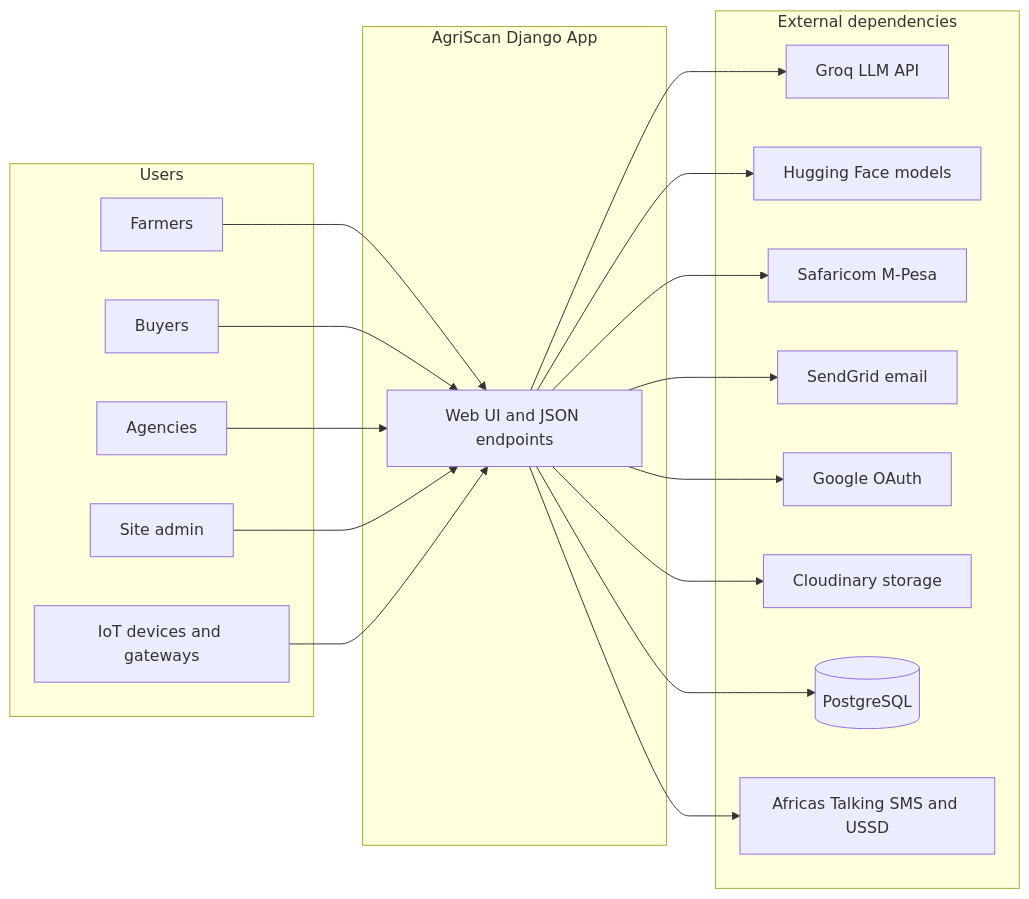
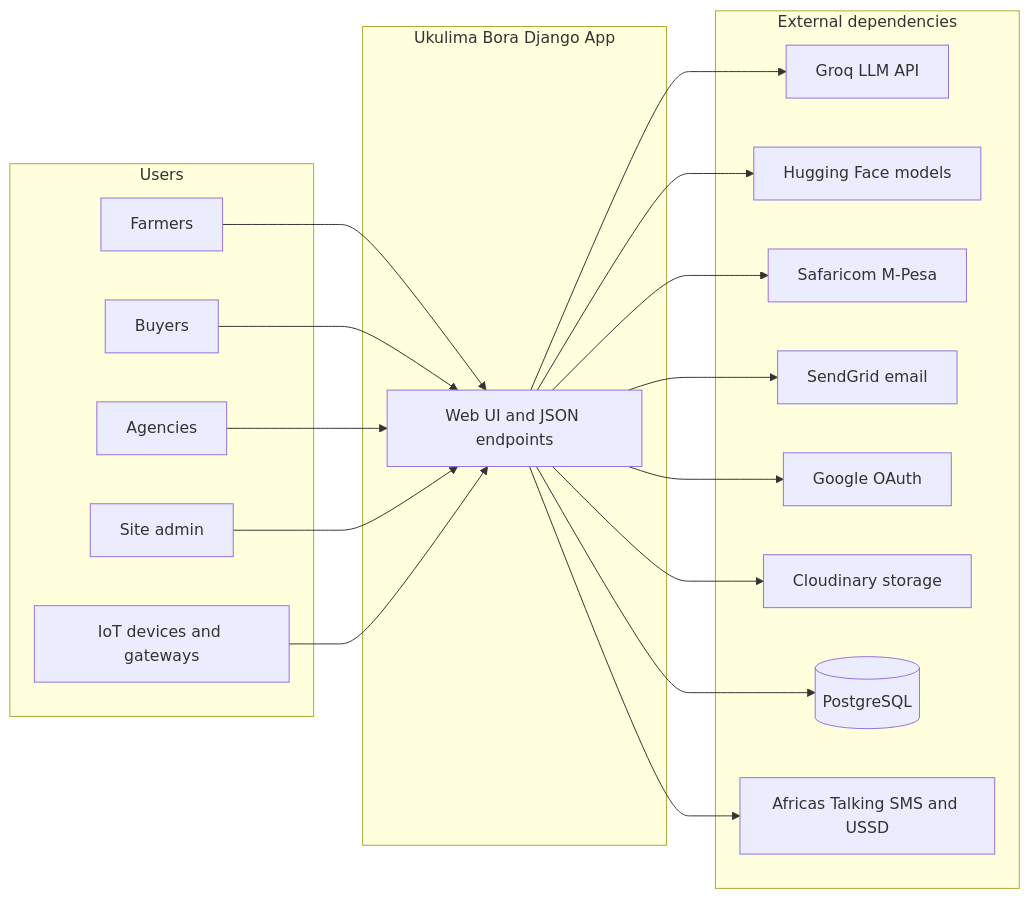
The first of 3 diagrams in docs/SYSTEM_DOCUMENTATION.md (AGRICULTURE-STARTUP/crop_AI_analyzer), drawn with Mermaid before and after one commit. The commit also changed other lines of this file and 113 other files, not shown here.

````diff
--- a/docs/SYSTEM_DOCUMENTATION.md
+++ b/docs/SYSTEM_DOCUMENTATION.md
@@ -75,36 +75,36 @@
 ```mermaid
 flowchart LR
     subgraph users [Users]
         F[Farmers]
         B[Buyers]
         A[Agencies]
         AD[Site admin]
         D[IoT devices and gateways]
     end
-    subgraph agri [AgriScan Django App]
+    subgraph agri [Ukulima Bora Django App]
         WEB[Web UI and JSON endpoints]
     end
     subgraph external [External dependencies]
         GROQ[Groq LLM API]
         HF[Hugging Face models]
         MPESA[Safaricom M-Pesa]
         SG[SendGrid email]
         GOOG[Google OAuth]
         CL[Cloudinary storage]
         PG[(PostgreSQL)]
         AT[Africas Talking SMS and USSD]
     end
     F --> WEB
     B --> WEB
     A --> WEB
     AD --> WEB
     D --> WEB
     WEB --> GROQ
     WEB --> HF
     WEB --> MPESA
     WEB --> SG
     WEB --> GOOG
     WEB --> CL
     WEB --> PG
     WEB --> AT
 ```
````
